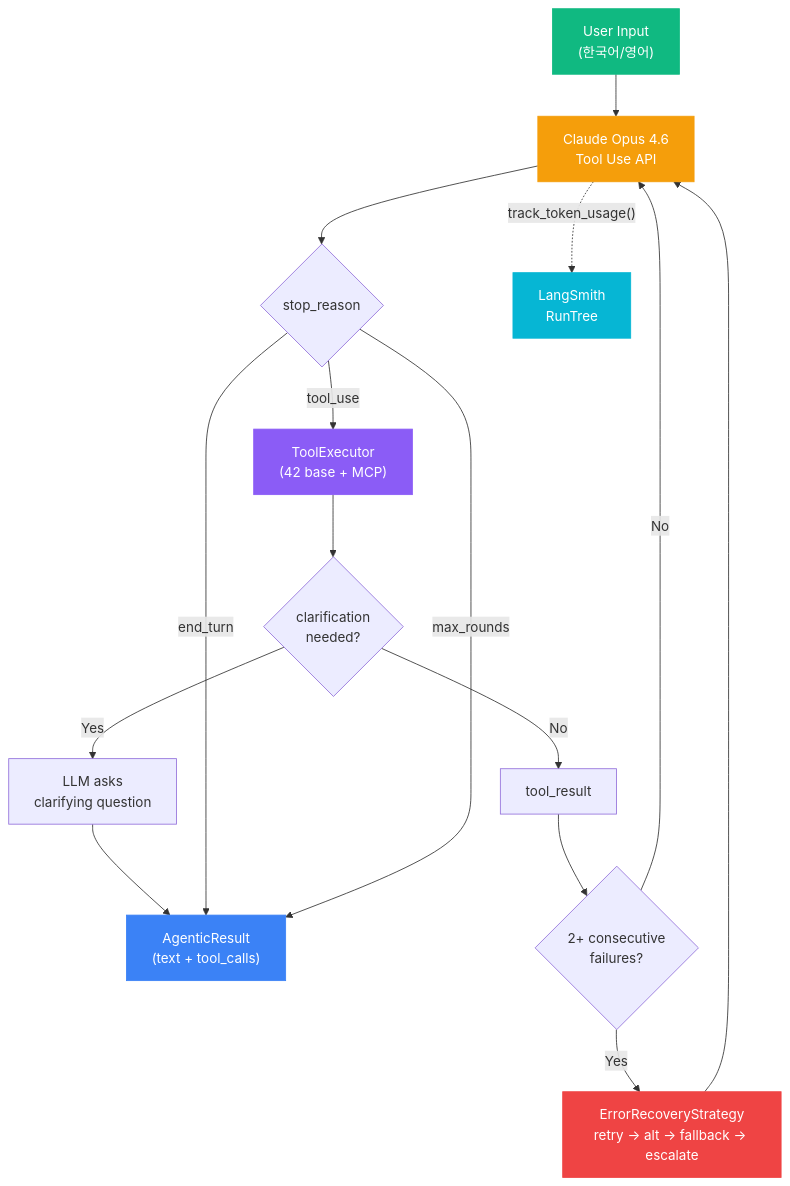
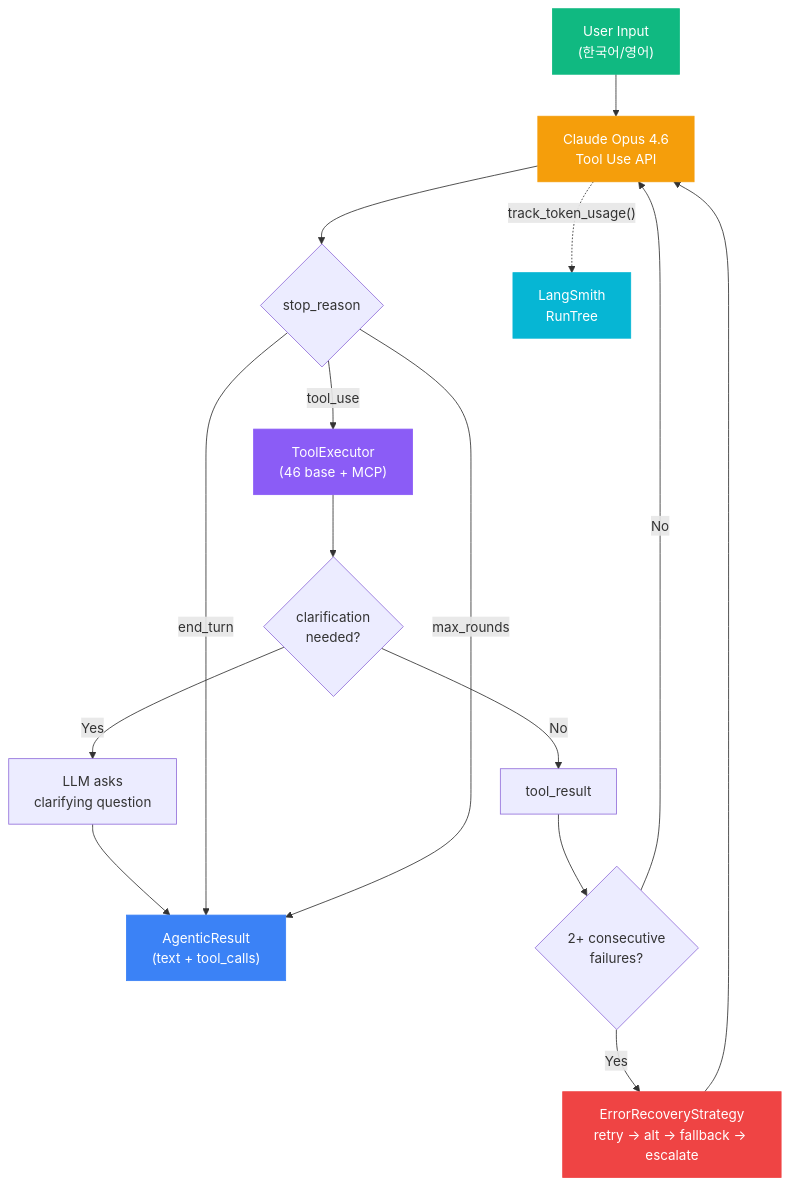
The third of 15 diagrams in README.md (mangowhoiscloud/geode), drawn with Mermaid before and after one commit. The commit also changed other lines of this file, not shown here.

````diff
--- a/README.md
+++ b/README.md
@@ -200,25 +201,25 @@
 ```mermaid
 graph TB
     Input["User Input<br/>(한국어/영어)"] --> LLM["Claude Opus 4.6<br/>Tool Use API"]
     LLM --> Decision{stop_reason}
-    Decision -->|tool_use| Exec["ToolExecutor<br/>(42 base + MCP)"]
+    Decision -->|tool_use| Exec["ToolExecutor<br/>(46 base + MCP)"]
     Exec --> Check{clarification<br/>needed?}
     Check -->|Yes| Clarify["LLM asks<br/>clarifying question"]
     Clarify --> Output
     Check -->|No| Results["tool_result"]
     Results --> Recovery{"2+ consecutive<br/>failures?"}
     Recovery -->|Yes| ER["ErrorRecoveryStrategy<br/>retry → alt → fallback → escalate"]
     ER --> LLM
     Recovery -->|No| LLM
     Decision -->|end_turn| Output["AgenticResult<br/>(text + tool_calls)"]
     Decision -->|max_rounds| Output
 
     LLM -.->|"track_token_usage()"| LS["LangSmith<br/>RunTree"]
 
     style Input fill:#10b981,stroke:#10b981,color:#fff
     style Output fill:#3b82f6,stroke:#3b82f6,color:#fff
     style LLM fill:#f59e0b,stroke:#f59e0b,color:#fff
     style Exec fill:#8b5cf6,stroke:#8b5cf6,color:#fff
     style LS fill:#06b6d4,stroke:#06b6d4,color:#fff
     style ER fill:#ef4444,stroke:#ef4444,color:#fff
 ```
````
